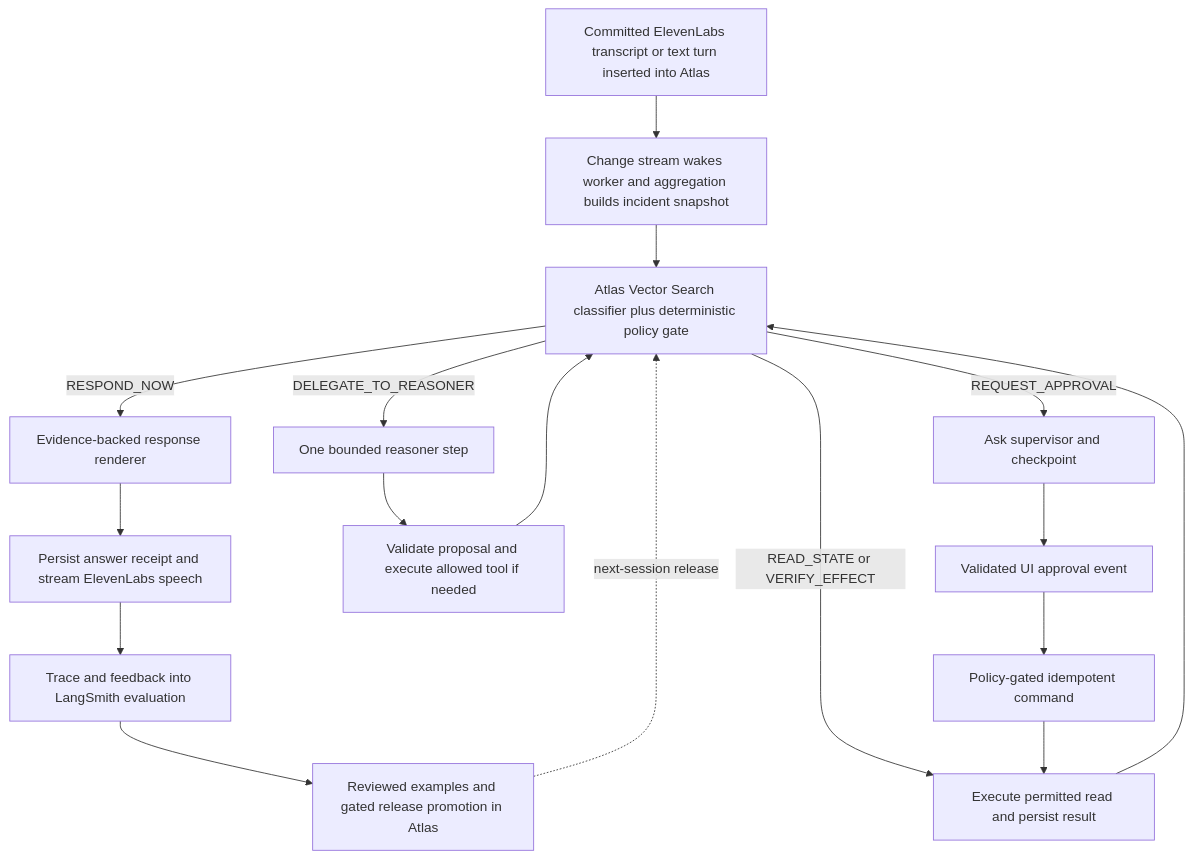
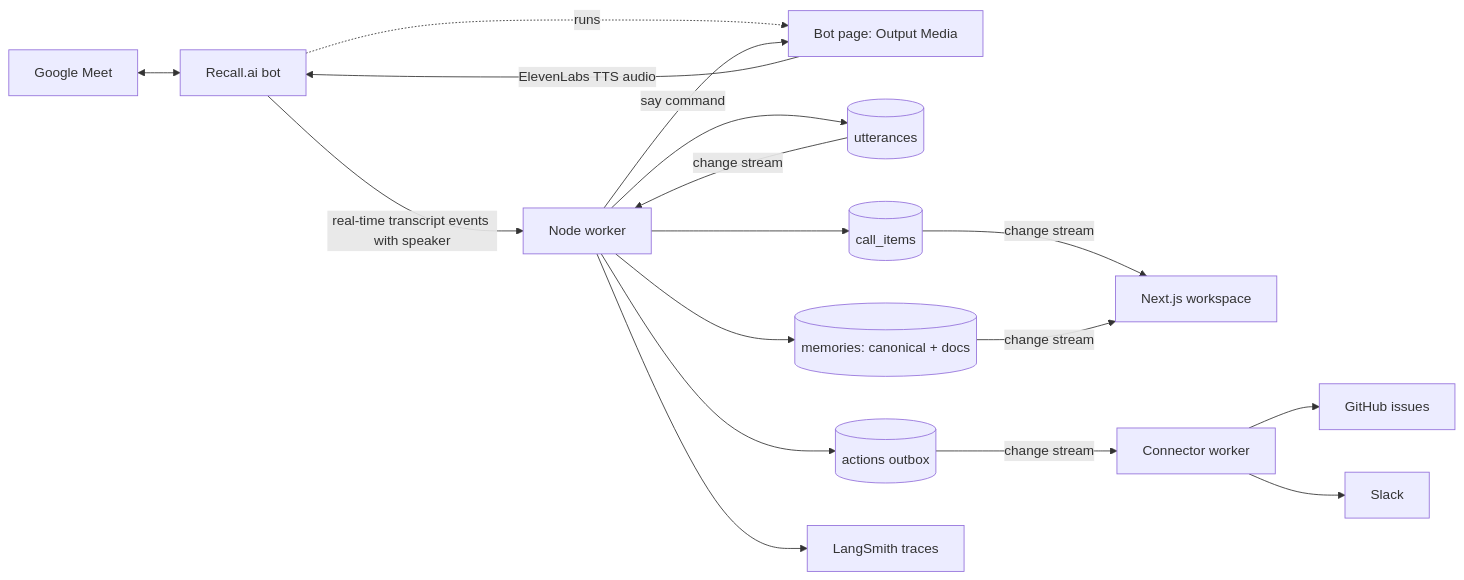
One commit to WagerWarrior/GoMon changed the diagram in spec.md. Above: the diagram before and after it, drawn with Mermaid. The commit also changed other lines of this file and 29 other files, not shown here.

````diff
--- a/spec.md
+++ b/spec.md
@@ -142,19 +55,19 @@
 ```mermaid
-flowchart TD
-    A[Committed ElevenLabs transcript or text turn inserted into Atlas] --> B[Change stream wakes worker and aggregation builds incident snapshot]
-    B --> C[Atlas Vector Search classifier plus deterministic policy gate]
-    C -->|RESPOND_NOW| D[Evidence-backed response renderer]
-    C -->|READ_STATE or VERIFY_EFFECT| E[Execute permitted read and persist result]
-    E --> C
-    C -->|REQUEST_APPROVAL| F[Ask supervisor and checkpoint]
-    F --> G[Validated UI approval event]
-    G --> H[Policy-gated idempotent command]
-    H --> E
-    C -->|DELEGATE_TO_REASONER| I[One bounded reasoner step]
-    I --> J[Validate proposal and execute allowed tool if needed]
-    J --> C
-    D --> K[Persist answer receipt and stream ElevenLabs speech]
-    K --> L[Trace and feedback into LangSmith evaluation]
-    L --> M[Reviewed examples and gated release promotion in Atlas]
-    M -. next-session release .-> C
+flowchart LR
+    M[Google Meet] <--> R[Recall.ai bot]
+    R -->|real-time transcript events with speaker| W[Node worker]
+    R -. runs .-> P[Bot page: Output Media]
+    W --> U[(utterances)]
+    U -->|change stream| W
+    W --> CI[(call_items)]
+    W --> MEM[(memories: canonical + docs)]
+    W -->|say command| P
+    P -->|ElevenLabs TTS audio| R
+    CI -->|change stream| UI[Next.js workspace]
+    MEM -->|change stream| UI
+    W --> ACT[(actions outbox)]
+    ACT -->|change stream| C[Connector worker]
+    C --> GH[GitHub issues]
+    C --> SL[Slack]
+    W --> LS[LangSmith traces]
 ```
````
